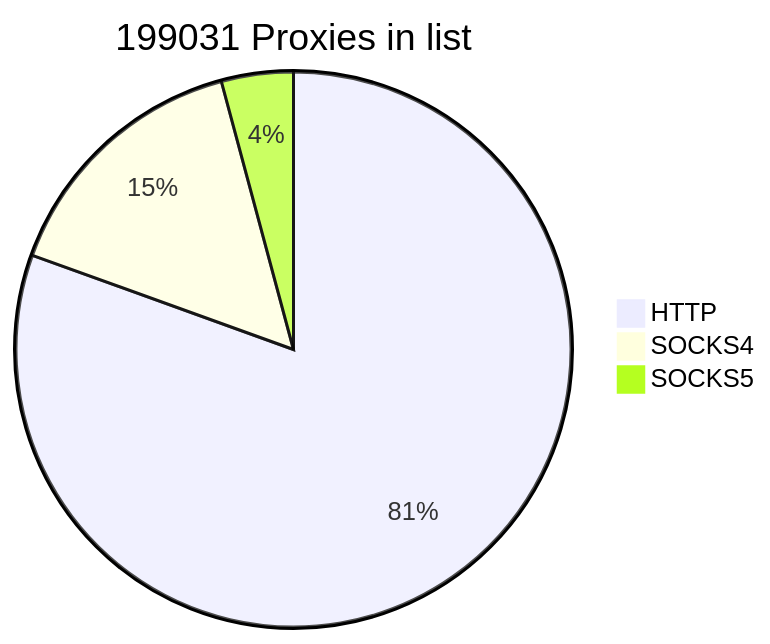
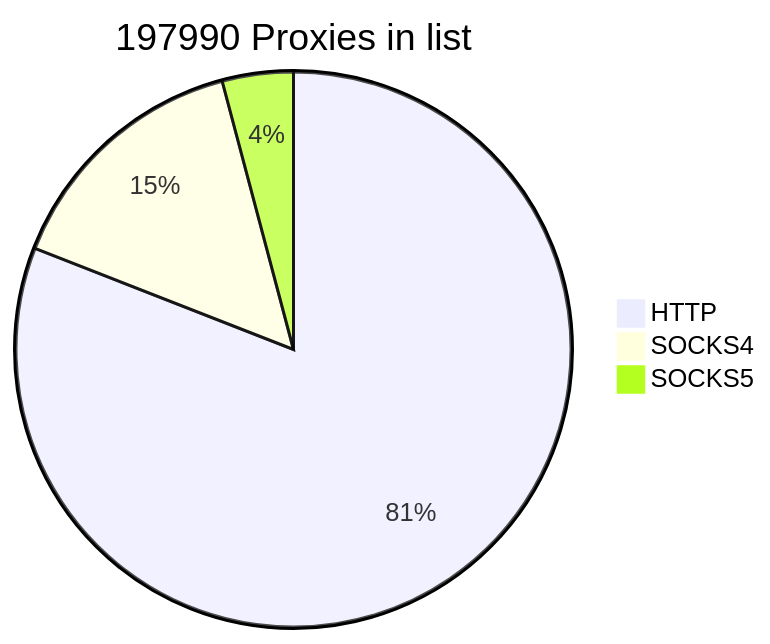
Before and after one commit to cutipu/proxylist: the first of 2 diagrams in README.md, drawn with Mermaid. The commit also changed other lines of this file, not shown here.

````diff
--- a/README.md
+++ b/README.md
@@ -2,7 +2,7 @@
 ```mermaid
-pie title 199031 Proxies in list
-    "HTTP" : 160242
-    "SOCKS4" : 30465
-    "SOCKS5" : 8324
+pie title 197990 Proxies in list
+    "HTTP" : 160246
+    "SOCKS4" : 29560
+    "SOCKS5" : 8184
             
 ```
````
